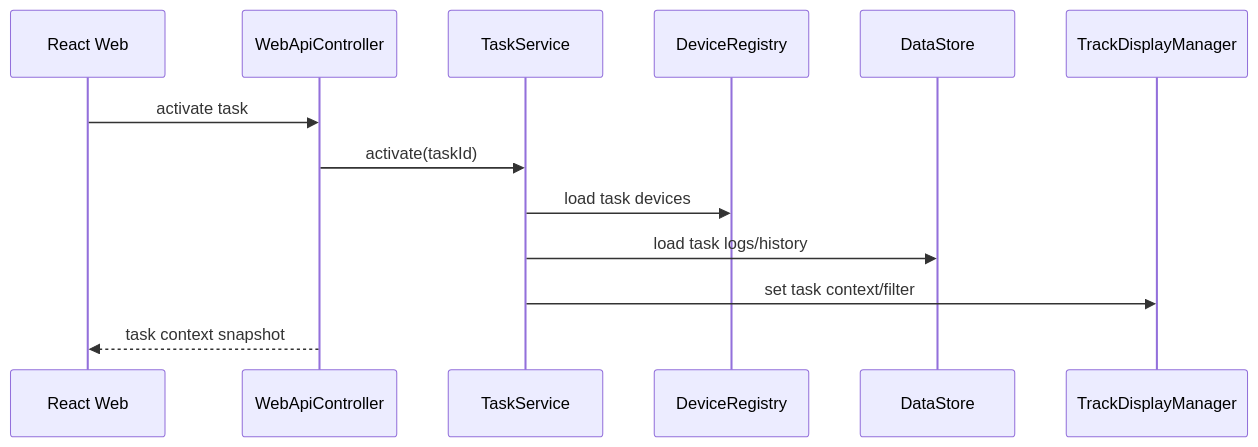
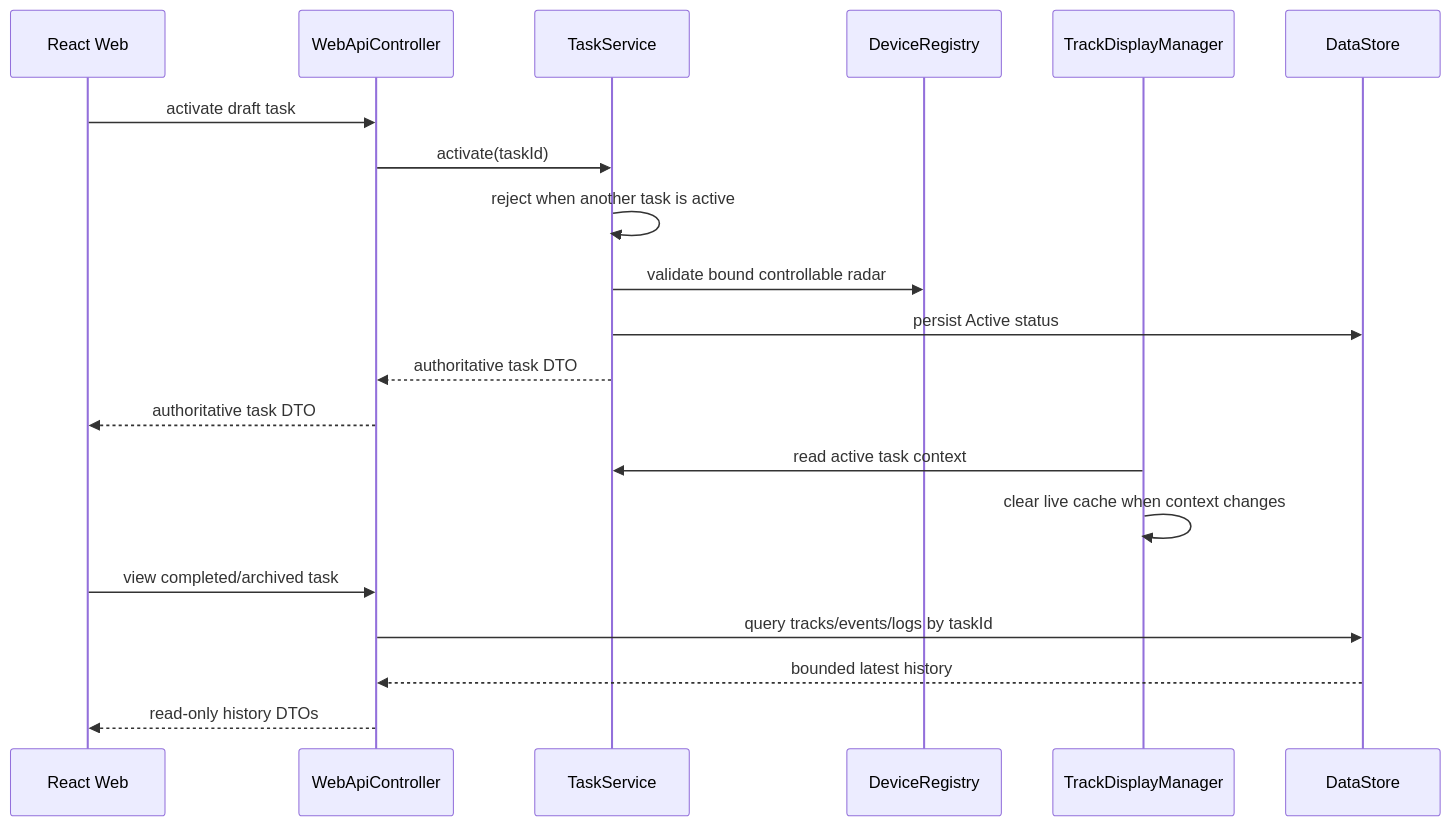
The fifth of 6 diagrams in doc/architecture/05-核心流程.md (YoungL524/newAnti_arch), drawn with Mermaid before and after one commit. The commit also changed other lines of this file and 27 other files, not shown here.

````diff
--- a/doc/architecture/05-核心流程.md
+++ b/doc/architecture/05-核心流程.md
@@ -129,16 +131,24 @@
 ```mermaid
 sequenceDiagram
     participant UI as React Web
     participant API as WebApiController
     participant Task as TaskService
     participant Device as DeviceRegistry
+    participant Track as TrackDisplayManager
     participant Store as DataStore
-    participant Track as TrackDisplayManager
 
-    UI->>API: activate task
+    UI->>API: activate draft task
     API->>Task: activate(taskId)
-    Task->>Device: load task devices
-    Task->>Store: load task logs/history
-    Task->>Track: set task context/filter
-    API-->>UI: task context snapshot
+    Task->>Task: reject when another task is active
+    Task->>Device: validate bound controllable radar
+    Task->>Store: persist Active status
+    Task-->>API: authoritative task DTO
+    API-->>UI: authoritative task DTO
+    Track->>Task: read active task context
+    Track->>Track: clear live cache when context changes
+
+    UI->>API: view completed/archived task
+    API->>Store: query tracks/events/logs by taskId
+    Store-->>API: bounded latest history
+    API-->>UI: read-only history DTOs
 ```
````
